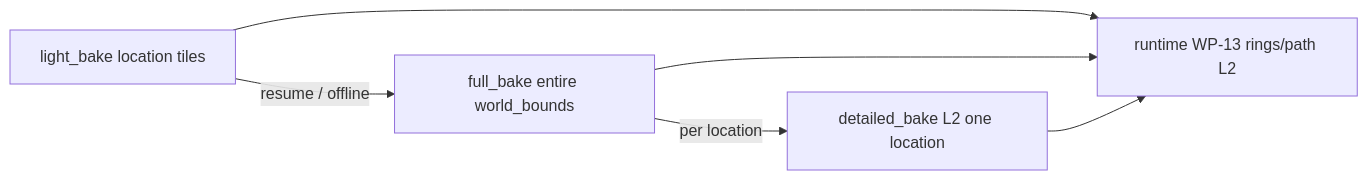
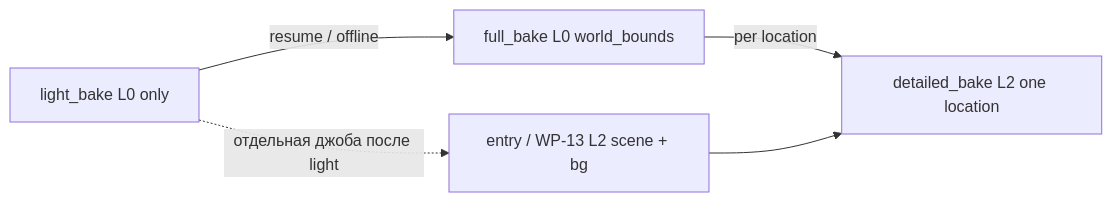
The third of 15 diagrams in docs/tz_world_pack_storage.md (AndrewBondaren/AI-Project), drawn with Mermaid before and after one commit. The commit also changed other lines of this file and 6 other files, not shown here.

Commit message:
tz-map-light-bake

````diff
--- a/docs/tz_world_pack_storage.md
+++ b/docs/tz_world_pack_storage.md
@@ -291,12 +304,11 @@
 ```mermaid
 flowchart LR
-  LB["light_bake location tiles"]
-  FB["full_bake entire world_bounds"]
+  LB["light_bake L0 only"]
+  FB["full_bake L0 world_bounds"]
   DB["detailed_bake L2 one location"]
-  RT["runtime WP-13 rings/path L2"]
+  EJ["entry / WP-13 L2 scene + bg"]
   LB -->|"resume / offline"| FB
+  LB -.->|"отдельная джоба после light"| EJ
   FB -->|"per location"| DB
-  LB --> RT
-  FB --> RT
-  DB --> RT
+  EJ --> DB
 ```
````
